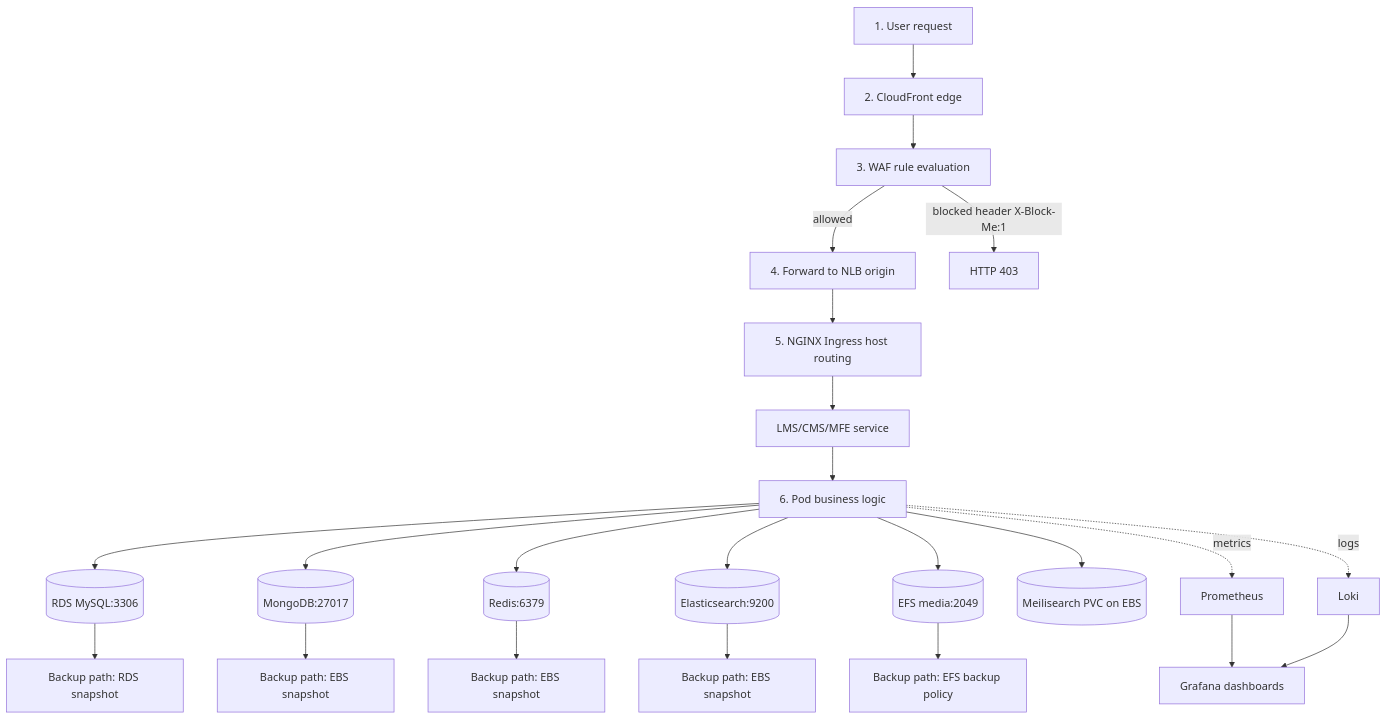
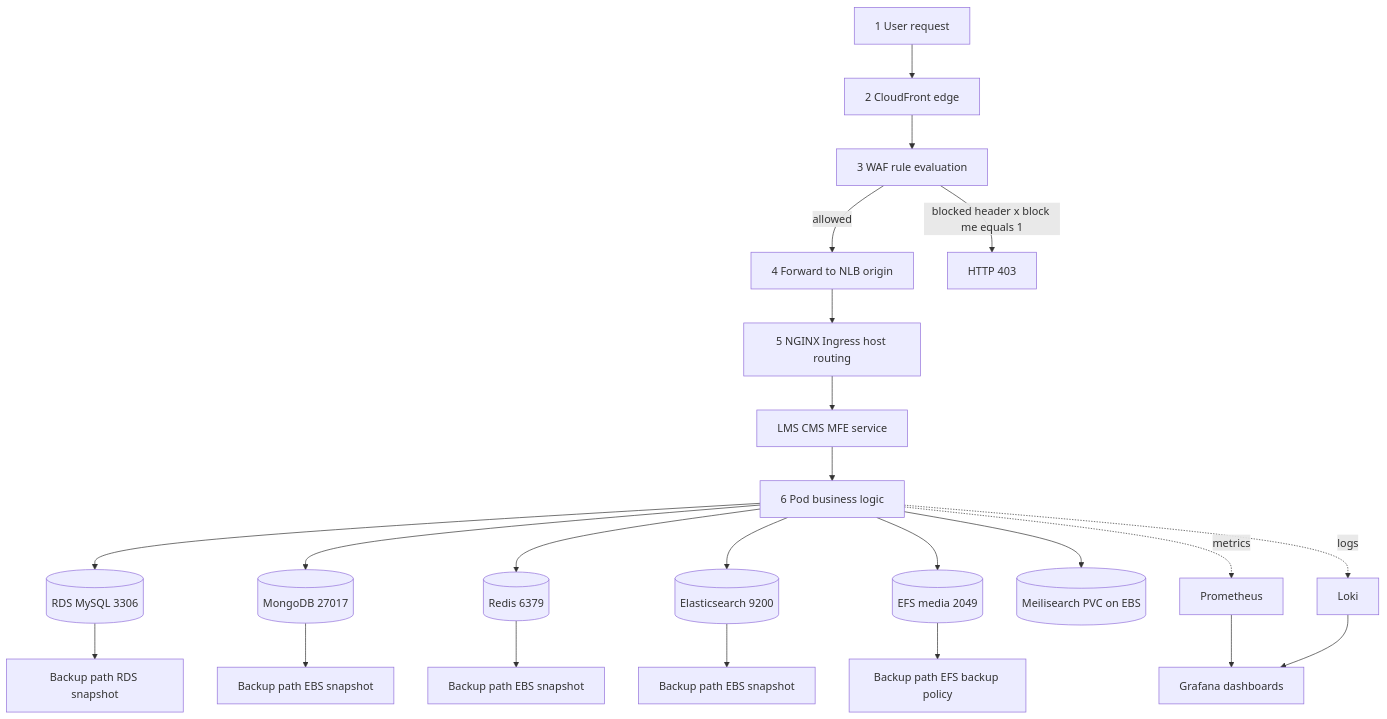
The second of 2 diagrams in docs/architecture.md (AL-Cybision/OpenEdX-K8s-Assessment-AWS-EKS), drawn with Mermaid before and after one commit. The commit also changed other lines of this file, not shown here.

Commit message:
Fix GitHub Mermaid parsing in architecture diagrams

````diff
--- a/docs/architecture.md
+++ b/docs/architecture.md
@@ -206,29 +206,29 @@
 ```mermaid
 flowchart TD
-  A1[1. User request] --> A2[2. CloudFront edge]
-  A2 --> A3[3. WAF rule evaluation]
-  A3 -->|allowed| A4[4. Forward to NLB origin]
-  A3 -->|blocked header X-Block-Me:1| A403[HTTP 403]
+  A1["1 User request"] --> A2["2 CloudFront edge"]
+  A2 --> A3["3 WAF rule evaluation"]
+  A3 -->|allowed| A4["4 Forward to NLB origin"]
+  A3 -->|blocked header x block me equals 1| A403["HTTP 403"]
 
-  A4 --> A5[5. NGINX Ingress host routing]
-  A5 --> A6[LMS/CMS/MFE service]
-  A6 --> A7[6. Pod business logic]
+  A4 --> A5["5 NGINX Ingress host routing"]
+  A5 --> A6["LMS CMS MFE service"]
+  A6 --> A7["6 Pod business logic"]
 
-  A7 --> D1[(RDS MySQL:3306)]
-  A7 --> D2[(MongoDB:27017)]
-  A7 --> D3[(Redis:6379)]
-  A7 --> D4[(Elasticsearch:9200)]
-  A7 --> D5[(EFS media:2049)]
-  A7 --> D6[(Meilisearch PVC on EBS)]
+  A7 --> D1[("RDS MySQL 3306")]
+  A7 --> D2[("MongoDB 27017")]
+  A7 --> D3[("Redis 6379")]
+  A7 --> D4[("Elasticsearch 9200")]
+  A7 --> D5[("EFS media 2049")]
+  A7 --> D6[("Meilisearch PVC on EBS")]
 
-  A7 -. metrics .-> O1[Prometheus]
-  A7 -. logs .-> O2[Loki]
-  O1 --> O3[Grafana dashboards]
+  A7 -. metrics .-> O1["Prometheus"]
+  A7 -. logs .-> O2["Loki"]
+  O1 --> O3["Grafana dashboards"]
   O2 --> O3
 
-  D1 --> B1[Backup path: RDS snapshot]
-  D2 --> B2[Backup path: EBS snapshot]
-  D3 --> B3[Backup path: EBS snapshot]
-  D4 --> B4[Backup path: EBS snapshot]
-  D5 --> B5[Backup path: EFS backup policy]
+  D1 --> B1["Backup path RDS snapshot"]
+  D2 --> B2["Backup path EBS snapshot"]
+  D3 --> B3["Backup path EBS snapshot"]
+  D4 --> B4["Backup path EBS snapshot"]
+  D5 --> B5["Backup path EFS backup policy"]
 ```
````
